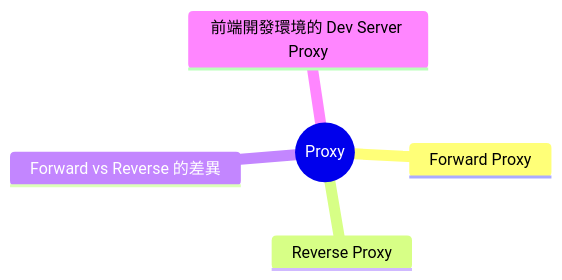
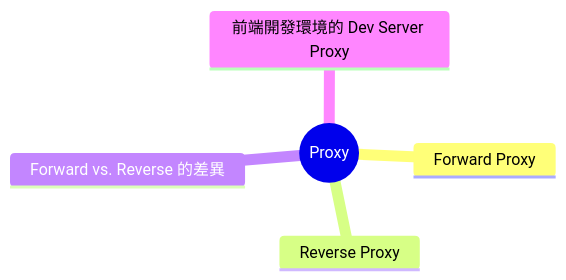
The first of 5 diagrams in src/posts/zh-TW/web-proxy.mdx (Charmying/blog), drawn with Mermaid before and after one commit. The commit also changed other lines of this file and 41 other files, not shown here.

````diff
--- a/src/posts/zh-TW/web-proxy.mdx
+++ b/src/posts/zh-TW/web-proxy.mdx
@@ -17,8 +17,8 @@
 ```mermaid
 mindmap
   	root((Proxy))
     	Forward Proxy
     	Reverse Proxy
-    	Forward vs Reverse 的差異
+    	Forward vs. Reverse 的差異
     	前端開發環境的 Dev Server Proxy
 ```
````
